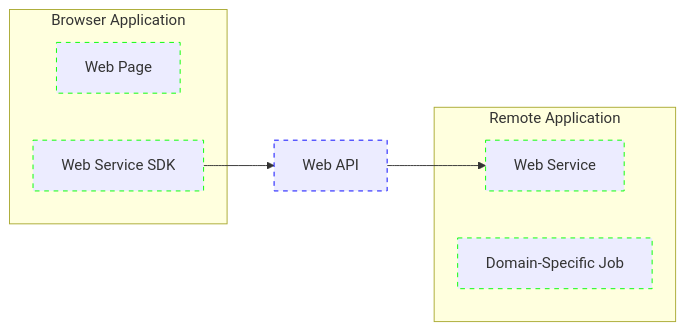
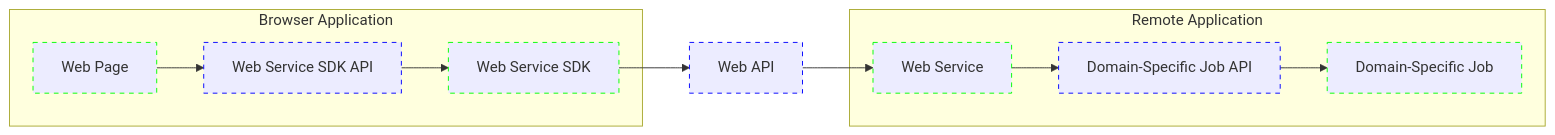
Before and after one commit to bjacobgordon/shark-ui: the diagram in docs/webAPI/architecture.mmd, drawn with Mermaid.

Commit message:
checkpoint: connects web modules to edge modules

```diff
--- a/docs/webAPI/architecture.mmd
+++ b/docs/webAPI/architecture.mmd
@@ -1,26 +1,40 @@
 flowchart LR
   classDef Contract          stroke: #00F, stroke-dasharray: 5
   classDef ApplicationModule stroke: #0F0, stroke-dasharray: 5
 
   subgraph BrowserApplication[Browser Application]
     BrowserApplication_WebPage[Web Page]
     class BrowserApplication_WebPage ApplicationModule
+
+    BrowserApplication_WebPage --> BrowserApplication_WebServiceSDK_API
+
+    BrowserApplication_WebServiceSDK_API[Web Service SDK API]
+    class BrowserApplication_WebServiceSDK_API Contract
+
+    BrowserApplication_WebServiceSDK_API --> BrowserApplication_WebServiceSDK
 
     BrowserApplication_WebServiceSDK[Web Service SDK]
     class BrowserApplication_WebServiceSDK ApplicationModule
   end
 
   BrowserApplication_WebServiceSDK --> WebAPI
 
   WebAPI[Web API]
   class WebAPI Contract
 
   WebAPI --> RemoteApplication_WebService
 
   subgraph RemoteApplication[Remote Application]
     RemoteApplication_WebService[Web Service]
     class RemoteApplication_WebService ApplicationModule
 
+    RemoteApplication_WebService --> RemoteApplication_DomainSpecificJob_API
+
+    RemoteApplication_DomainSpecificJob_API[Domain-Specific Job API]
+    class RemoteApplication_DomainSpecificJob_API Contract
+
+    RemoteApplication_DomainSpecificJob_API --> RemoteApplication_DomainSpecificJob
+
     RemoteApplication_DomainSpecificJob[Domain-Specific Job]
     class RemoteApplication_DomainSpecificJob ApplicationModule
   end
```
